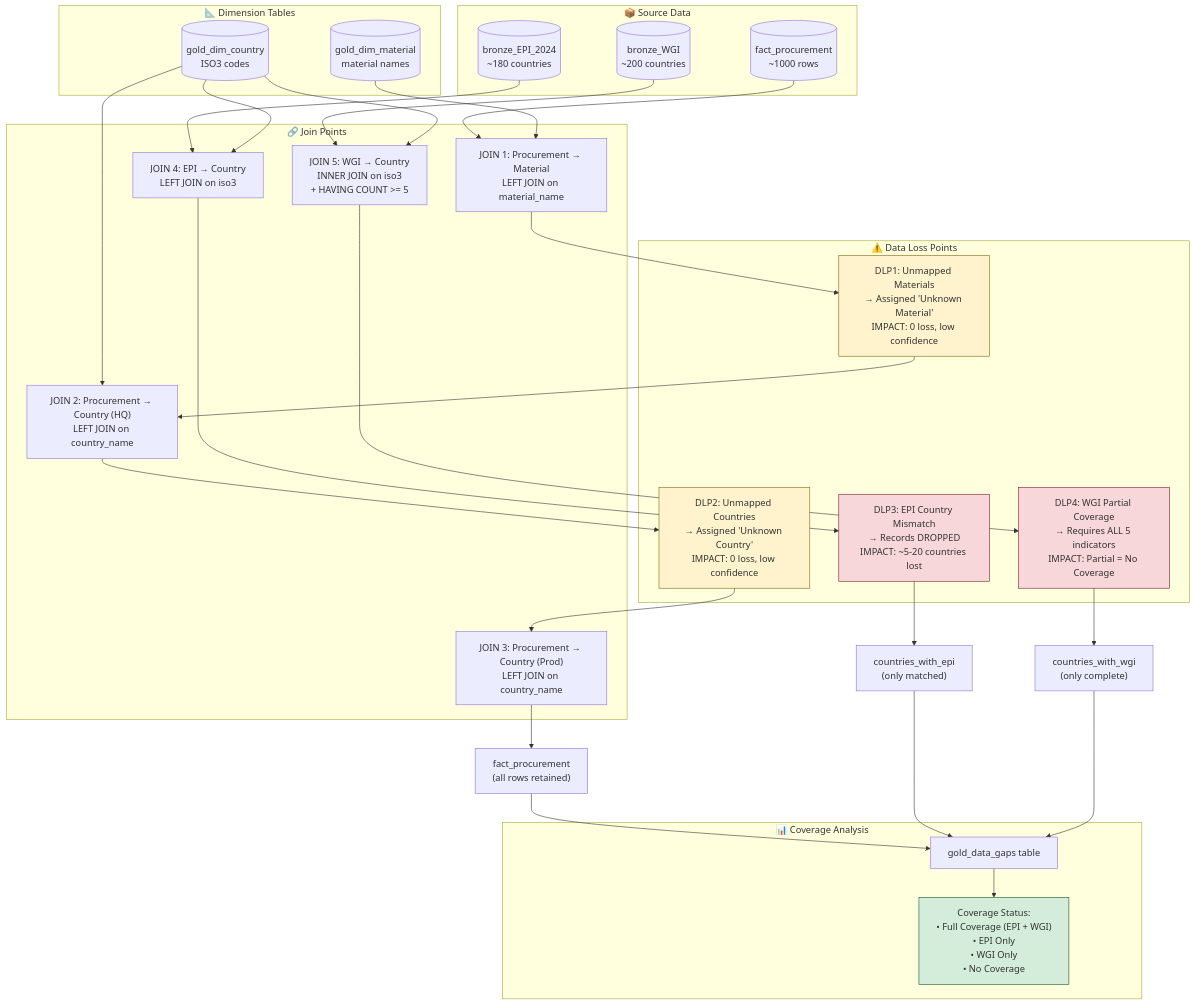
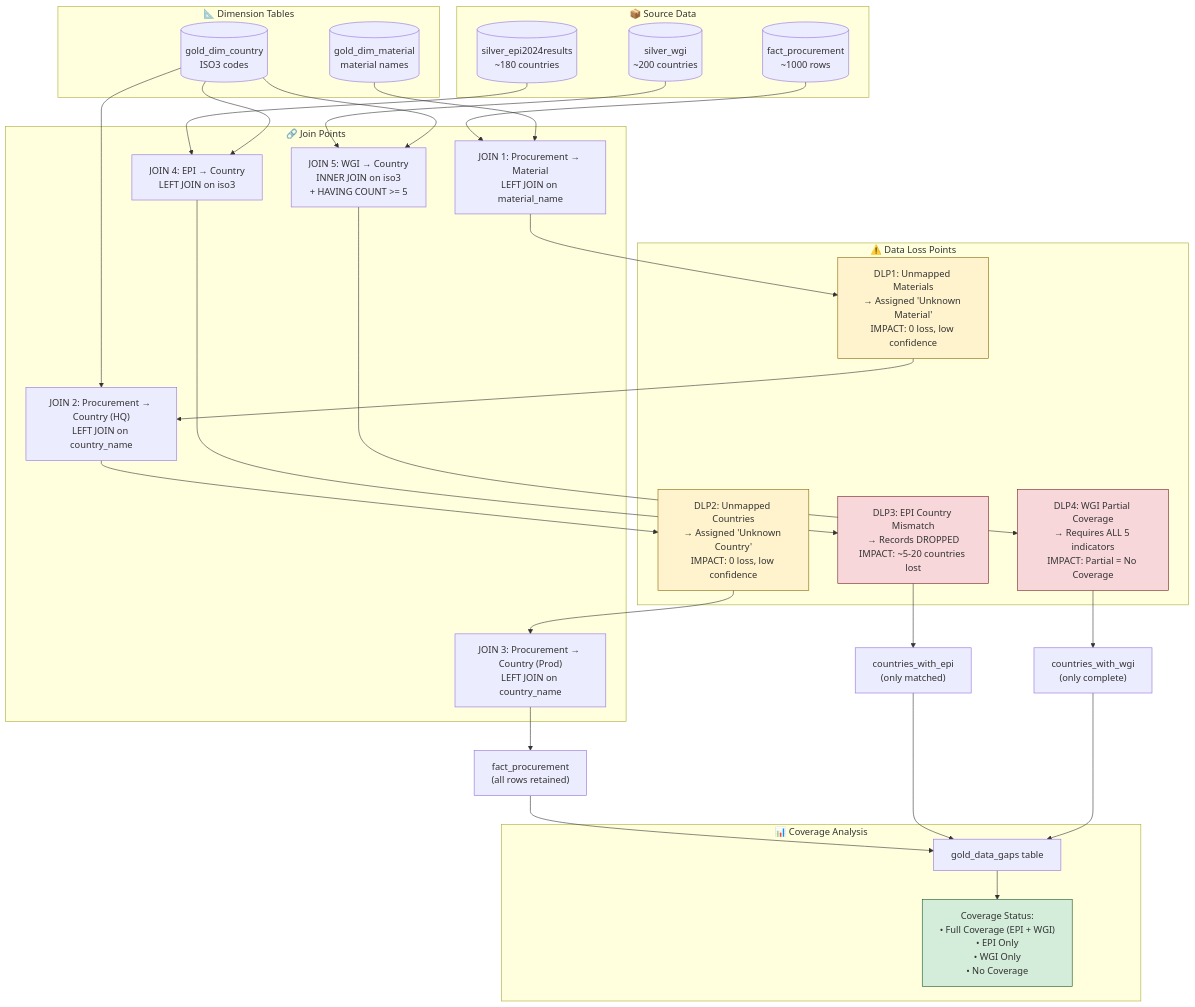
Before and after one commit to erikemilsson/OEMMatInsightBI: the diagram in .claude/context/data_coverage_flow.md, drawn with Mermaid. The commit also changed other lines of this file and 2 other files, not shown here.

First line of the commit message:
Fix medallion architecture: add silver_wgi layer

````diff
--- a/.claude/context/data_coverage_flow.md
+++ b/.claude/context/data_coverage_flow.md
@@ -9,66 +9,66 @@
 ```mermaid
 flowchart TB
     subgraph SOURCE["📦 Source Data"]
         PROC[("fact_procurement<br/>~1000 rows")]
-        EPI[("bronze_EPI_2024<br/>~180 countries")]
-        WGI[("bronze_WGI<br/>~200 countries")]
+        EPI[("silver_epi2024results<br/>~180 countries")]
+        WGI[("silver_wgi<br/>~200 countries")]
     end
 
     subgraph DIM["📐 Dimension Tables"]
         DIM_C[("gold_dim_country<br/>ISO3 codes")]
         DIM_M[("gold_dim_material<br/>material names")]
     end
 
     subgraph JOINS["🔗 Join Points"]
         J1["JOIN 1: Procurement → Material<br/>LEFT JOIN on material_name"]
         J2["JOIN 2: Procurement → Country (HQ)<br/>LEFT JOIN on country_name"]
         J3["JOIN 3: Procurement → Country (Prod)<br/>LEFT JOIN on country_name"]
         J4["JOIN 4: EPI → Country<br/>LEFT JOIN on iso3"]
         J5["JOIN 5: WGI → Country<br/>INNER JOIN on iso3<br/>+ HAVING COUNT >= 5"]
     end
 
     subgraph LOSS["⚠️ Data Loss Points"]
         L1["DLP1: Unmapped Materials<br/>→ Assigned 'Unknown Material'<br/>IMPACT: 0 loss, low confidence"]
         L2["DLP2: Unmapped Countries<br/>→ Assigned 'Unknown Country'<br/>IMPACT: 0 loss, low confidence"]
         L3["DLP3: EPI Country Mismatch<br/>→ Records DROPPED<br/>IMPACT: ~5-20 countries lost"]
         L4["DLP4: WGI Partial Coverage<br/>→ Requires ALL 5 indicators<br/>IMPACT: Partial = No Coverage"]
     end
 
     subgraph COVERAGE["📊 Coverage Analysis"]
         GAP["gold_data_gaps table"]
         OVERLAP["Coverage Status:<br/>• Full Coverage (EPI + WGI)<br/>• EPI Only<br/>• WGI Only<br/>• No Coverage"]
     end
 
     %% Flows
     PROC --> J1
     DIM_M --> J1
     J1 --> L1
     L1 --> J2
 
     DIM_C --> J2
     J2 --> L2
     L2 --> J3
     J3 --> PROCFINAL["fact_procurement<br/>(all rows retained)"]
 
     EPI --> J4
     DIM_C --> J4
     J4 --> L3
     L3 --> EPIFINAL["countries_with_epi<br/>(only matched)"]
 
     WGI --> J5
     DIM_C --> J5
     J5 --> L4
     L4 --> WGIFINAL["countries_with_wgi<br/>(only complete)"]
 
     PROCFINAL --> GAP
     EPIFINAL --> GAP
     WGIFINAL --> GAP
     GAP --> OVERLAP
 
     %% Styling
     style L1 fill:#fff3cd,stroke:#856404
     style L2 fill:#fff3cd,stroke:#856404
     style L3 fill:#f8d7da,stroke:#721c24
     style L4 fill:#f8d7da,stroke:#721c24
     style OVERLAP fill:#d4edda,stroke:#155724
 ```
````
